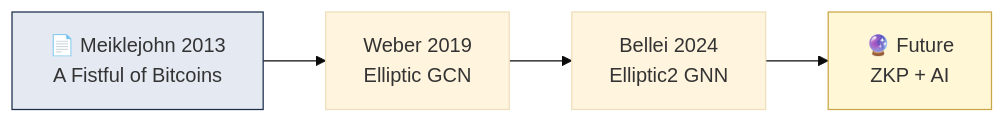
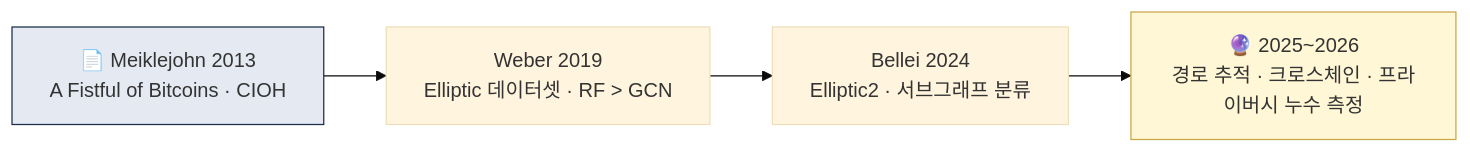
The first of 2 diagrams in curriculum/day_54.md (lala-david/aml-notes), drawn with Mermaid (base theme) before and after one commit. The commit also changed other lines of this file and 233 other files, not shown here.

````diff
--- a/curriculum/day_54.md
+++ b/curriculum/day_54.md
@@ -13,8 +13,8 @@
 ```mermaid
 flowchart LR
-    M["📄 Meiklejohn 2013<br/>A Fistful of Bitcoins"] --> W["Weber 2019<br/>Elliptic GCN"]
-    W --> B["Bellei 2024<br/>Elliptic2 GNN"]
-    B --> F["🔮 Future<br/>ZKP + AI"]
+    M["📄 Meiklejohn 2013<br/>A Fistful of Bitcoins · CIOH"] --> W["Weber 2019<br/>Elliptic 데이터셋 · RF > GCN"]
+    W --> B["Bellei 2024<br/>Elliptic2 · 서브그래프 분류"]
+    B --> F["🔮 2025~2026<br/>경로 추적 · 크로스체인 · 프라이버시 누수 측정"]
     style M fill:#e5eaf2,stroke:#1a2e4a
     style F fill:#fff7d6,stroke:#c9a646
 ```
````
